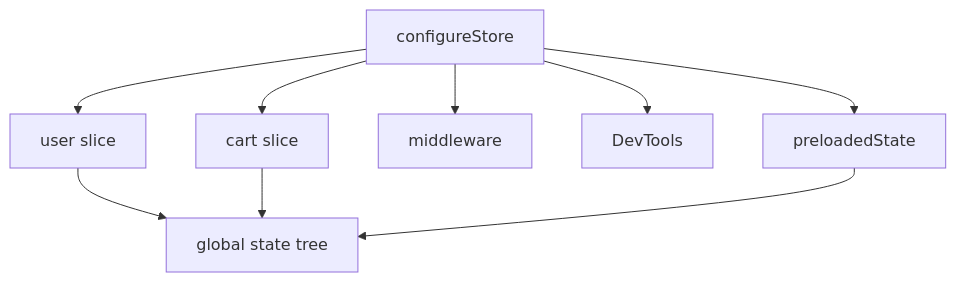
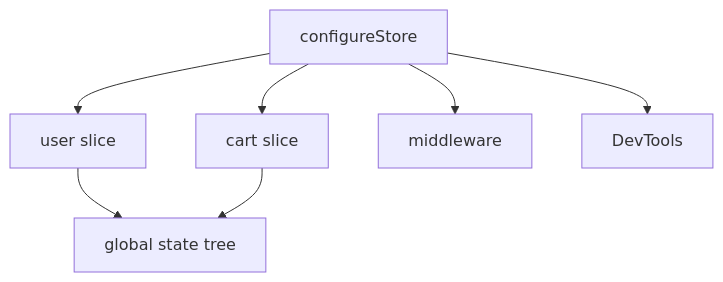
One commit to kaushalkumar8459/CodingTerminal-Tutorial-Notes changed the diagram in tutorial-platform/public/tutorials/react/day-052-store-configuration.md. Above: the diagram before and after it, drawn with Mermaid. The commit also changed other lines of this file, not shown here.

````diff
--- a/tutorial-platform/public/tutorials/react/day-052-store-configuration.md
+++ b/tutorial-platform/public/tutorials/react/day-052-store-configuration.md
@@ -287,11 +291,9 @@
 ```mermaid
 flowchart TD
     A[configureStore] --> B[user slice]
     A --> C[cart slice]
     A --> D[middleware]
     A --> E[DevTools]
-    A --> F[preloadedState]
-    B --> G[global state tree]
-    C --> G
-    F --> G
+    B --> F[global state tree]
+    C --> F
 ```
````
